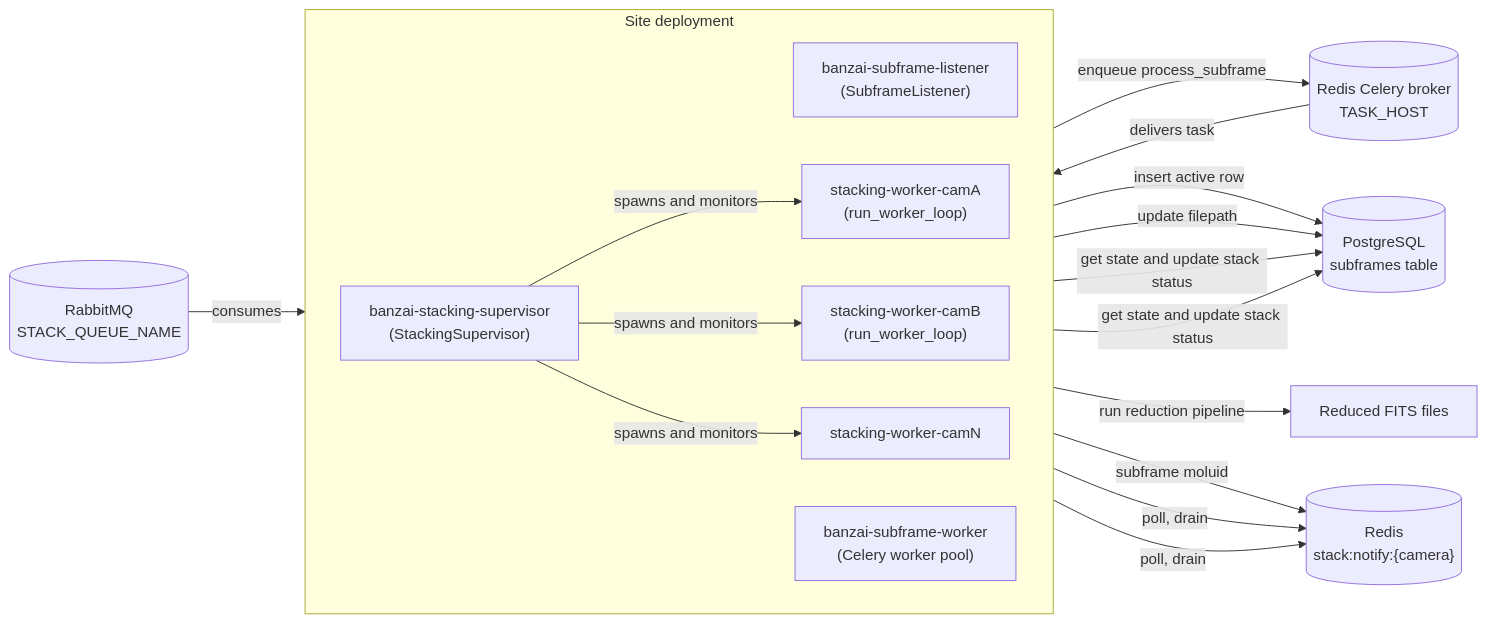
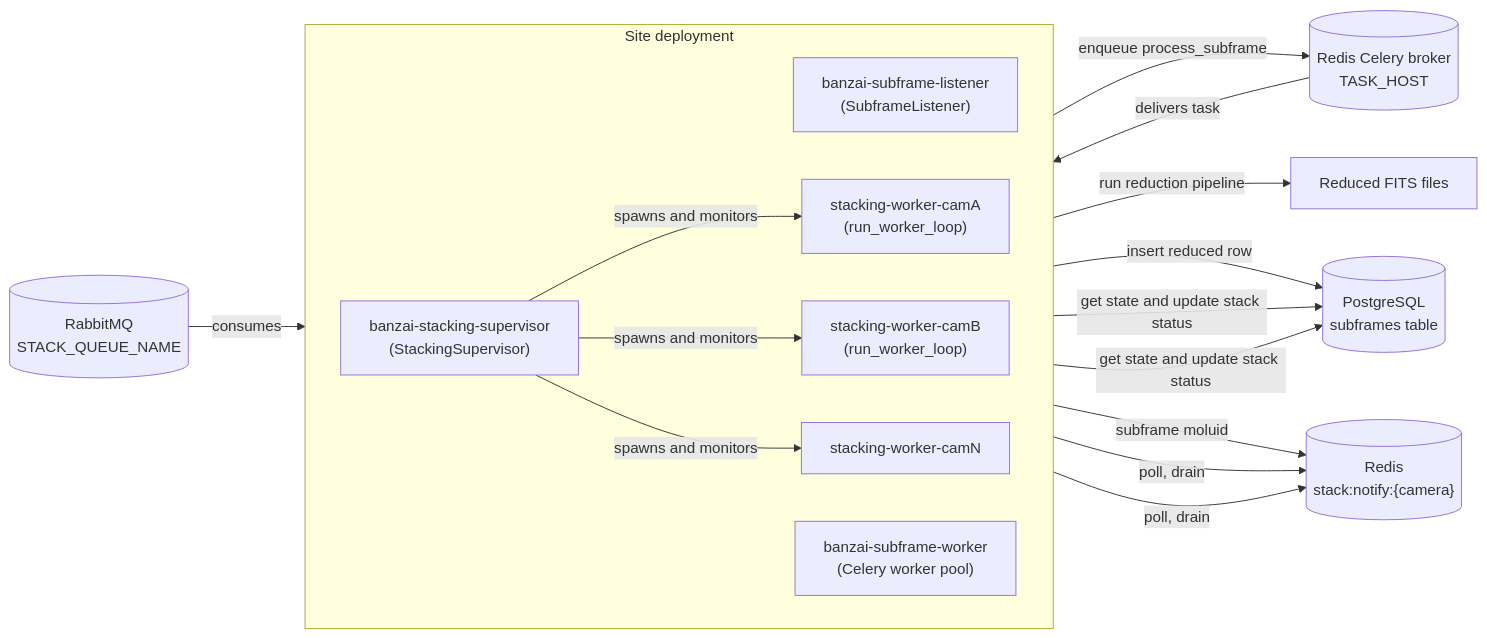
Before and after one commit to LCOGT/banzai: the first of 3 diagrams in docs/smartstacking_architecture.md, drawn with Mermaid. The commit also changed other lines of this file and 4 other files, not shown here.

````diff
--- a/docs/smartstacking_architecture.md
+++ b/docs/smartstacking_architecture.md
@@ -20,42 +20,41 @@
 ```mermaid
 flowchart LR
     subgraph site["Site deployment"]
         direction LR
         listener["banzai-subframe-listener
           (SubframeListener)"]
         celery["banzai-subframe-worker
           (Celery worker pool)"]
         supervisor["banzai-stacking-supervisor
           (StackingSupervisor)"]
         wA["stacking-worker-camA
           (run_worker_loop)"]
         wB["stacking-worker-camB
           (run_worker_loop)"]
         wN["stacking-worker-camN"]
         supervisor -- "spawns and monitors" --> wA
         supervisor -- "spawns and monitors" --> wB
         supervisor -- "spawns and monitors" --> wN
     end
 
     rabbit[("RabbitMQ
     STACK_QUEUE_NAME")]
     celery_broker[("Redis Celery broker
       TASK_HOST")]
     notify_redis[("Redis
       stack:notify:{camera}")]
     db[("PostgreSQL
       subframes table")]
     reduced["Reduced FITS files"]
 
     rabbit -- "consumes" --> listener
     listener -- "enqueue process_subframe" --> celery_broker
     celery_broker -- "delivers task" --> celery
-    celery -- "insert active row" --> db
     celery -- "run reduction pipeline" --> reduced
-    celery -- "update filepath" --> db
+    celery -- "insert reduced row" --> db
     celery -- "subframe moluid" --> notify_redis
     wA -- "poll, drain" --> notify_redis
     wB -- "poll, drain" --> notify_redis
     wA -- "get state and update stack status" --> db
     wB -- "get state and update stack status" --> db
 ```
````
